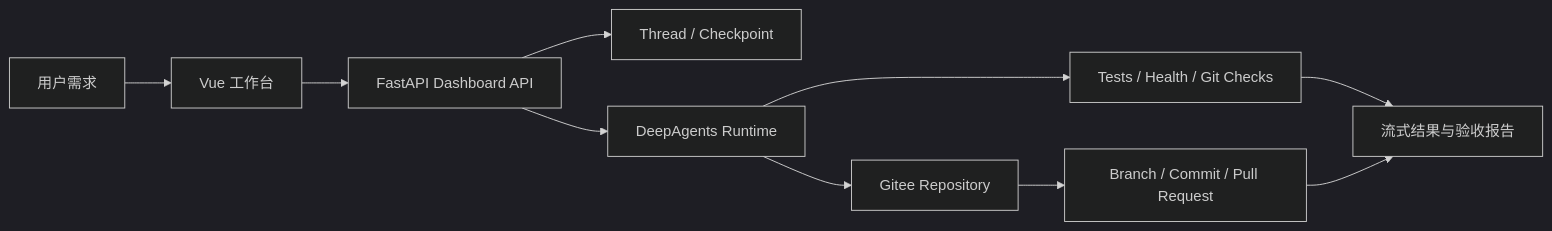
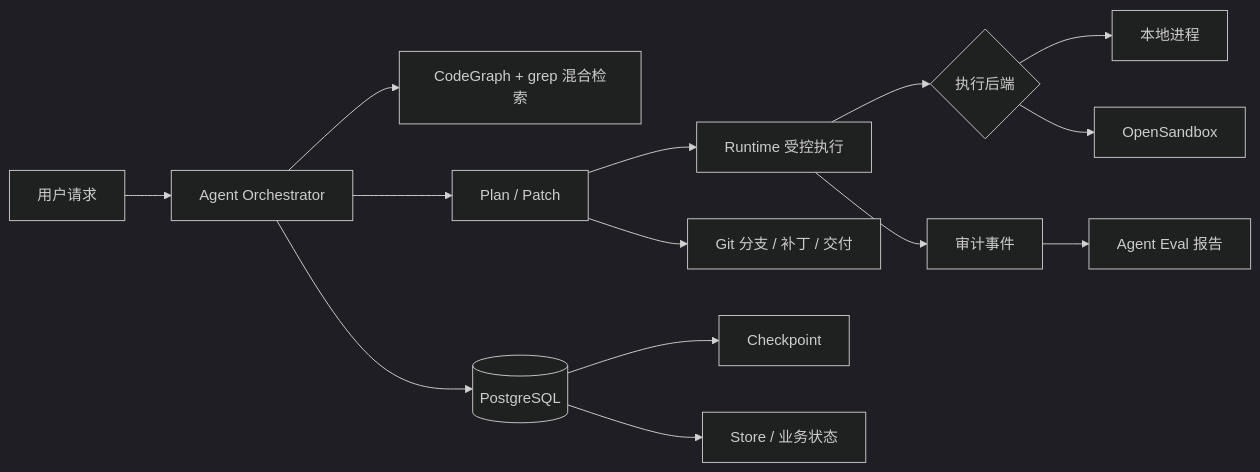
The diagram in README.md (Guo-Yixin/coding-agent), drawn with Mermaid (dark theme) before and after one commit. The commit also changed other lines of this file, not shown here.

````diff
--- a/README.md
+++ b/README.md
@@ -45,12 +22,16 @@
-~~~mermaid
+```mermaid
 flowchart LR
-    U[用户需求] --> W[Vue 工作台]
-    W --> API[FastAPI Dashboard API]
-    API --> T[Thread / Checkpoint]
-    API --> A[DeepAgents Runtime]
-    A --> G[Gitee Repository]
-    A --> V[Tests / Health / Git Checks]
-    G --> D[Branch / Commit / Pull Request]
-    V --> R[流式结果与验收报告]
-    D --> R
-~~~
+    U[用户请求] --> O[Agent Orchestrator]
+    O --> R[CodeGraph + grep 混合检索]
+    O --> P[Plan / Patch]
+    P --> X[Runtime 受控执行]
+    X --> S{执行后端}
+    S --> L[本地进程]
+    S --> B[OpenSandbox]
+    O --> D[(PostgreSQL)]
+    D --> C[Checkpoint]
+    D --> T[Store / 业务状态]
+    X --> A[审计事件]
+    A --> E[Agent Eval 报告]
+    P --> G[Git 分支 / 补丁 / 交付]
+```
````
